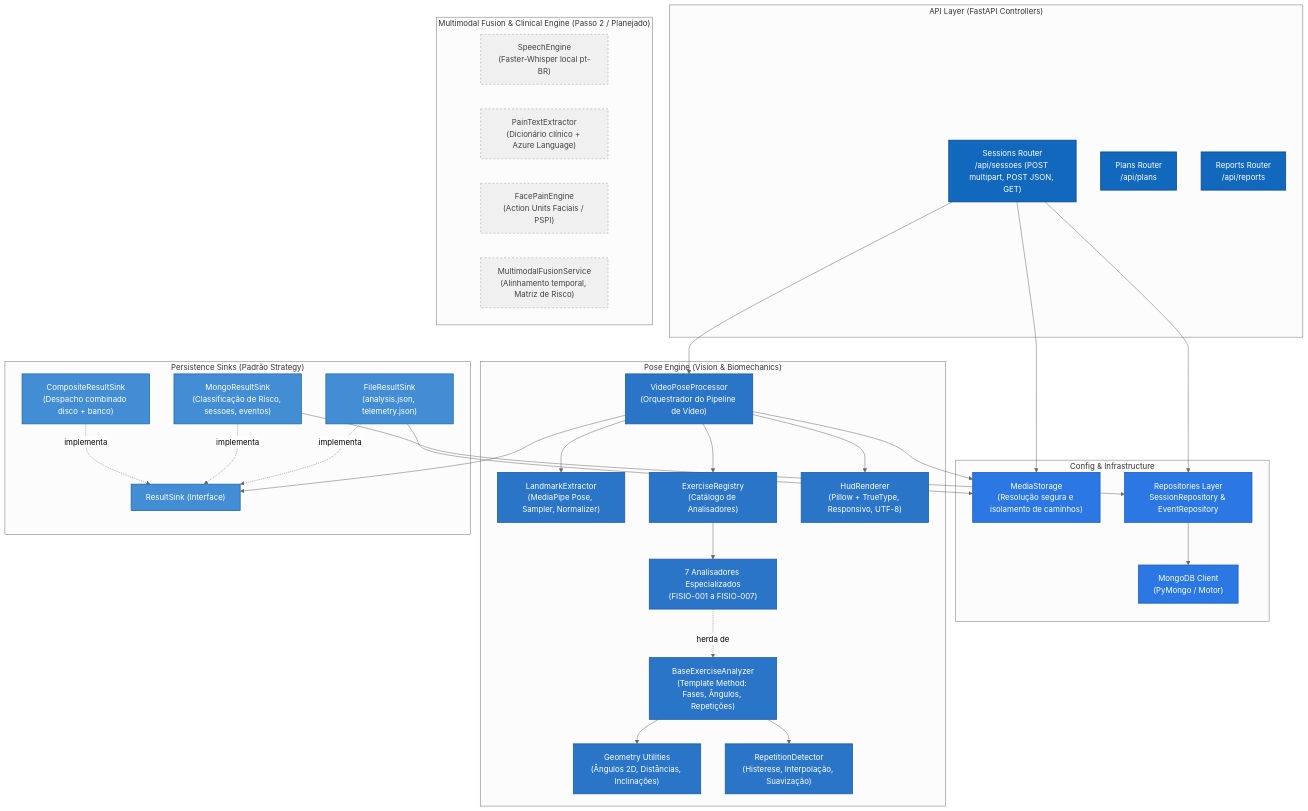
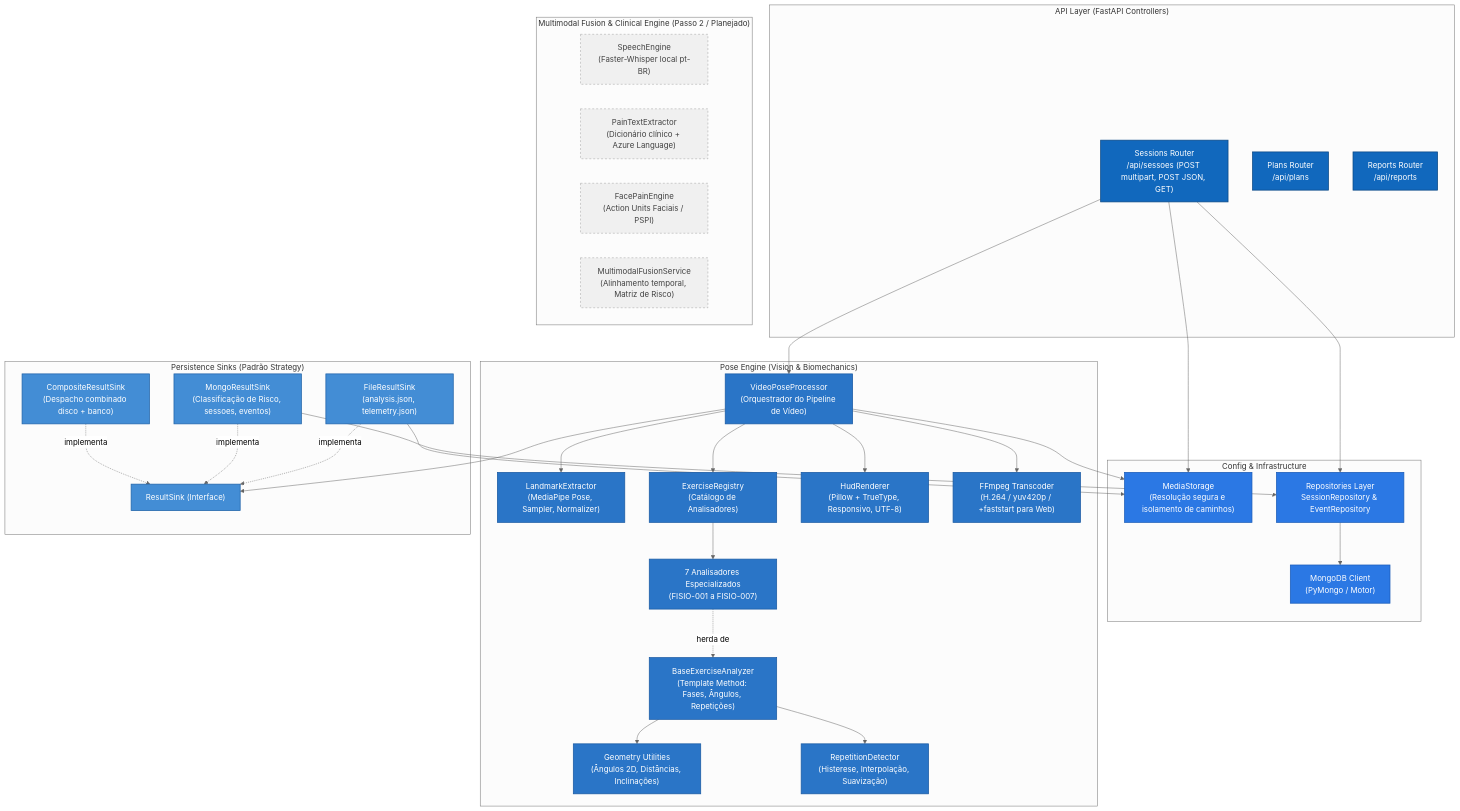
The third of 5 diagrams in docs/arquitetura/arquitetura-do-sistema.md (vagner-nascimento/fiap-pos-ia-para-devs-fase4-tech-challenge), drawn with Mermaid (neutral theme) before and after one commit. The commit also changed other lines of this file and 7 other files, not shown here.

````diff
--- a/docs/arquitetura/arquitetura-do-sistema.md
+++ b/docs/arquitetura/arquitetura-do-sistema.md
@@ -98,70 +98,72 @@
 ```mermaid
 flowchart TB
     subgraph "API Layer (FastAPI Controllers)"
         RouterSessions["Sessions Router<br/>/api/sessoes (POST multipart, POST JSON, GET)"]
         RouterPlans["Plans Router<br/>/api/plans"]
         RouterReports["Reports Router<br/>/api/reports"]
     end
 
     subgraph "Config & Infrastructure"
         MediaStorage["MediaStorage<br/>(Resolução segura e isolamento de caminhos)"]
         DBConnection["MongoDB Client<br/>(PyMongo / Motor)"]
         Repos["Repositories Layer<br/>SessionRepository & EventRepository"]
     end
 
     subgraph "Pose Engine (Vision & Biomechanics)"
         Processor["VideoPoseProcessor<br/>(Orquestrador do Pipeline de Vídeo)"]
         LandmarkExtractor["LandmarkExtractor<br/>(MediaPipe Pose, Sampler, Normalizer)"]
         Registry["ExerciseRegistry<br/>(Catálogo de Analisadores)"]
         BaseAnalyzer["BaseExerciseAnalyzer<br/>(Template Method: Fases, Ângulos, Repetições)"]
         Analyzers["7 Analisadores Especializados<br/>(FISIO-001 a FISIO-007)"]
         Geometry["Geometry Utilities<br/>(Ângulos 2D, Distâncias, Inclinações)"]
         RepetitionDetector["RepetitionDetector<br/>(Histerese, Interpolação, Suavização)"]
         HudRenderer["HudRenderer<br/>(Pillow + TrueType, Responsivo, UTF-8)"]
+        FFmpegTranscoder["FFmpeg Transcoder<br/>(H.264 / yuv420p / +faststart para Web)"]
     end
 
     subgraph "Persistence Sinks (Padrão Strategy)"
         ResultSink["ResultSink (Interface)"]
         FileSink["FileResultSink<br/>(analysis.json, telemetry.json)"]
         MongoSink["MongoResultSink<br/>(Classificação de Risco, sessoes, eventos)"]
         CompSink["CompositeResultSink<br/>(Despacho combinado disco + banco)"]
     end
 
     subgraph "Multimodal Fusion & Clinical Engine (Passo 2 / Planejado)"
         SpeechEngine["SpeechEngine<br/>(Faster-Whisper local pt-BR)"]
         PainTextExtractor["PainTextExtractor<br/>(Dicionário clínico + Azure Language)"]
         FacePainEngine["FacePainEngine<br/>(Action Units Faciais / PSPI)"]
         MultimodalFusion["MultimodalFusionService<br/>(Alinhamento temporal, Matriz de Risco)"]
     end
 
     RouterSessions --> MediaStorage
     RouterSessions --> Processor
     RouterSessions --> Repos
     Repos --> DBConnection
     Processor --> LandmarkExtractor
     Processor --> Registry
     Registry --> Analyzers
     Analyzers -.->|herda de| BaseAnalyzer
     BaseAnalyzer --> Geometry
     BaseAnalyzer --> RepetitionDetector
     Processor --> HudRenderer
+    Processor --> FFmpegTranscoder
     Processor --> MediaStorage
     Processor --> ResultSink
     FileSink -.->|implementa| ResultSink
     MongoSink -.->|implementa| ResultSink
     CompSink -.->|implementa| ResultSink
     MongoSink --> Repos
     FileSink --> MediaStorage
 
     classDef controller fill:#1168bd,stroke:#0b4884,color:#ffffff,stroke-width:1.5px;
     classDef engine fill:#2a75c7,stroke:#1a5aa3,color:#ffffff,stroke-width:1.5px;
     classDef infra fill:#2b78e4,stroke:#1b5cb8,color:#ffffff,stroke-width:1.5px;
     classDef sink fill:#438dd5,stroke:#2063a8,color:#ffffff,stroke-width:1.5px;
     classDef planned fill:#f0f0f0,stroke:#9e9e9e,color:#424242,stroke-dasharray: 4 4;
 
     class RouterSessions,RouterPlans,RouterReports controller;
-    class Processor,LandmarkExtractor,Registry,BaseAnalyzer,Analyzers,Geometry,RepetitionDetector,HudRenderer engine;
+    class Processor,LandmarkExtractor,Registry,BaseAnalyzer,Analyzers,Geometry,RepetitionDetector,HudRenderer,FFmpegTranscoder engine;
     class MediaStorage,DBConnection,Repos infra;
     class ResultSink,FileSink,MongoSink,CompSink sink;
     class SpeechEngine,PainTextExtractor,FacePainEngine,MultimodalFusion planned;
 ```
````
